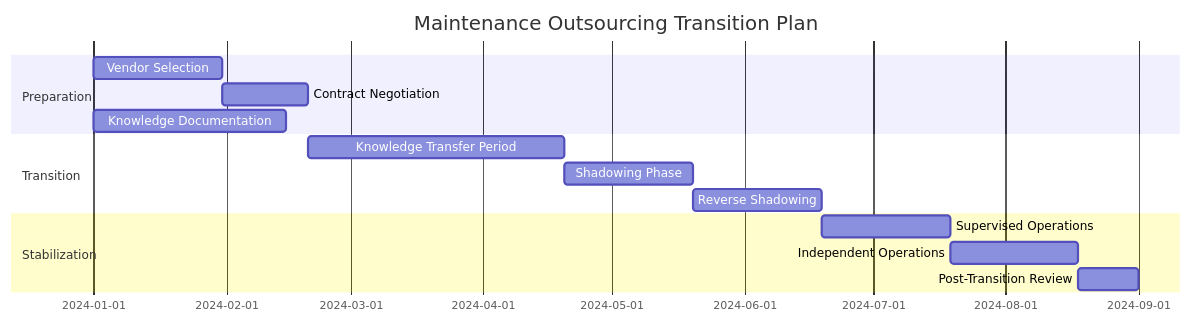
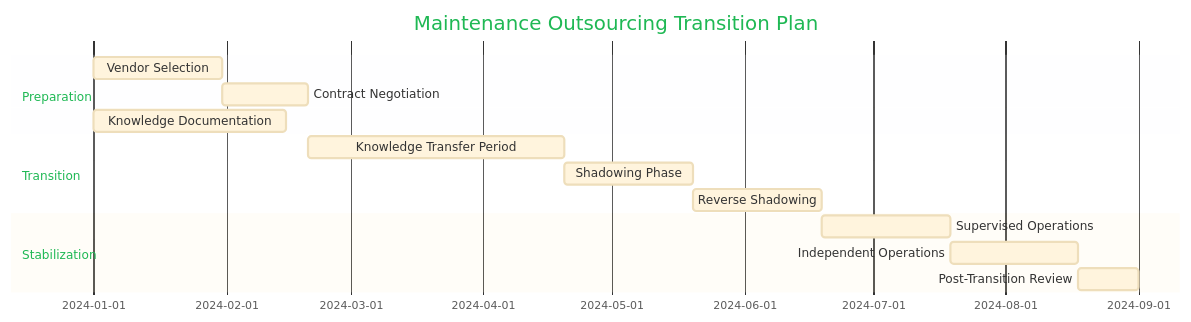
Before and after one commit to oat431/swe-knowledge: the third of 4 diagrams in software-engineering-note/07_Software_Maintenance/10_Staffing_and_Organizational_Models.md, drawn with Mermaid. The commit also changed other lines of this file and 10 other files, not shown here.

````diff
--- a/software-engineering-note/07_Software_Maintenance/10_Staffing_and_Organizational_Models.md
+++ b/software-engineering-note/07_Software_Maintenance/10_Staffing_and_Organizational_Models.md
@@ -236,17 +238,18 @@
 ```mermaid
+%%{init: {'theme':'base','themeVariables':{'background':'#1B1717','titleColor':'#1FB854','lineColor':'#1FB854','cScale0':'#19362D','cScale1':'#1EB88E','cScale2':'#1FB8AB','cScale3':'#00B5FF','cScale4':'#1FB854','cScale5':'#FFBE00','cScale6':'#FF5861','cScale7':'#1EB88E','fontSize':'14px'}}}%%
 gantt
     title Maintenance Outsourcing Transition Plan
     dateFormat  YYYY-MM-DD
     section Preparation
     Vendor Selection           :a1, 2024-01-01, 30d
     Contract Negotiation       :a2, after a1, 20d
     Knowledge Documentation    :a3, 2024-01-01, 45d
     section Transition
     Knowledge Transfer Period  :b1, after a2, 60d
     Shadowing Phase            :b2, after b1, 30d
     Reverse Shadowing          :b3, after b2, 30d
     section Stabilization
     Supervised Operations      :c1, after b3, 30d
     Independent Operations     :c2, after c1, 30d
     Post-Transition Review     :c3, after c2, 14d
 ```
````
